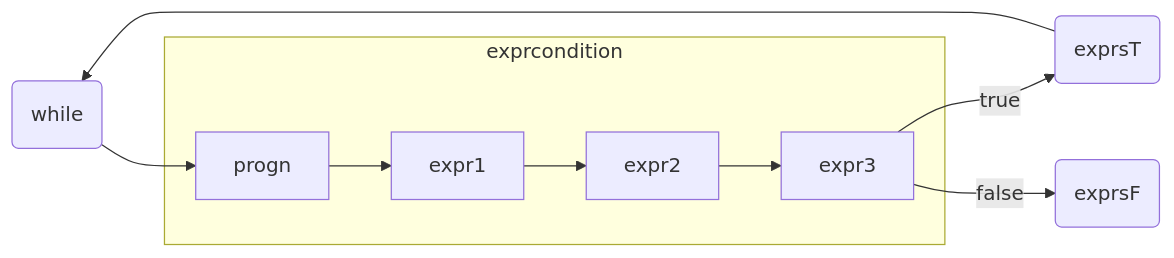
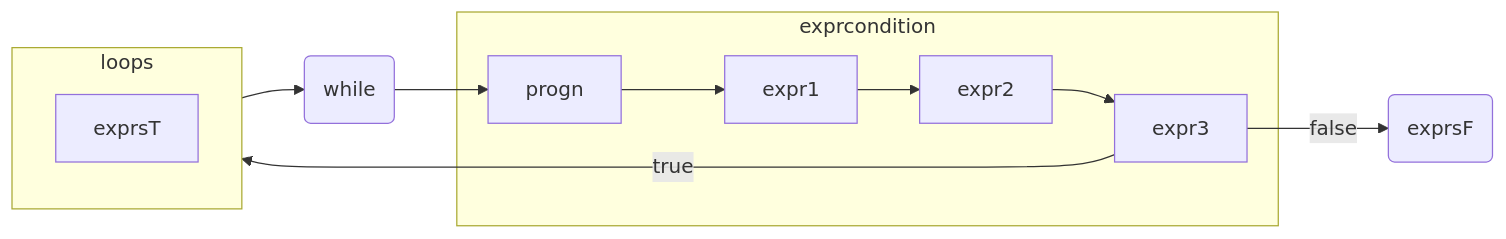
Before and after one commit to atlisp-org/atlisp-docs: the fourth of 4 diagrams in Lisp进阶/lisp.org, drawn with Mermaid.

Commit message:
progn while

```diff
--- a/Lisp进阶/lisp.org
+++ b/Lisp进阶/lisp.org
@@ -119,10 +119,13 @@
  #+begin_src mermaid
 
    flowchart LR
       A(while) --> progn   
       subgraph exprcondition
           progn -->  expr1 --> expr2 --> expr3
       end
-      expr3 -->|true| Y(exprsT) --> A
+      subgraph loops
+          exprsT
+      end       
+      expr3 -->|true| loops --> A
       expr3 -->|false| Z(exprsF)  
  #+end_src
```
